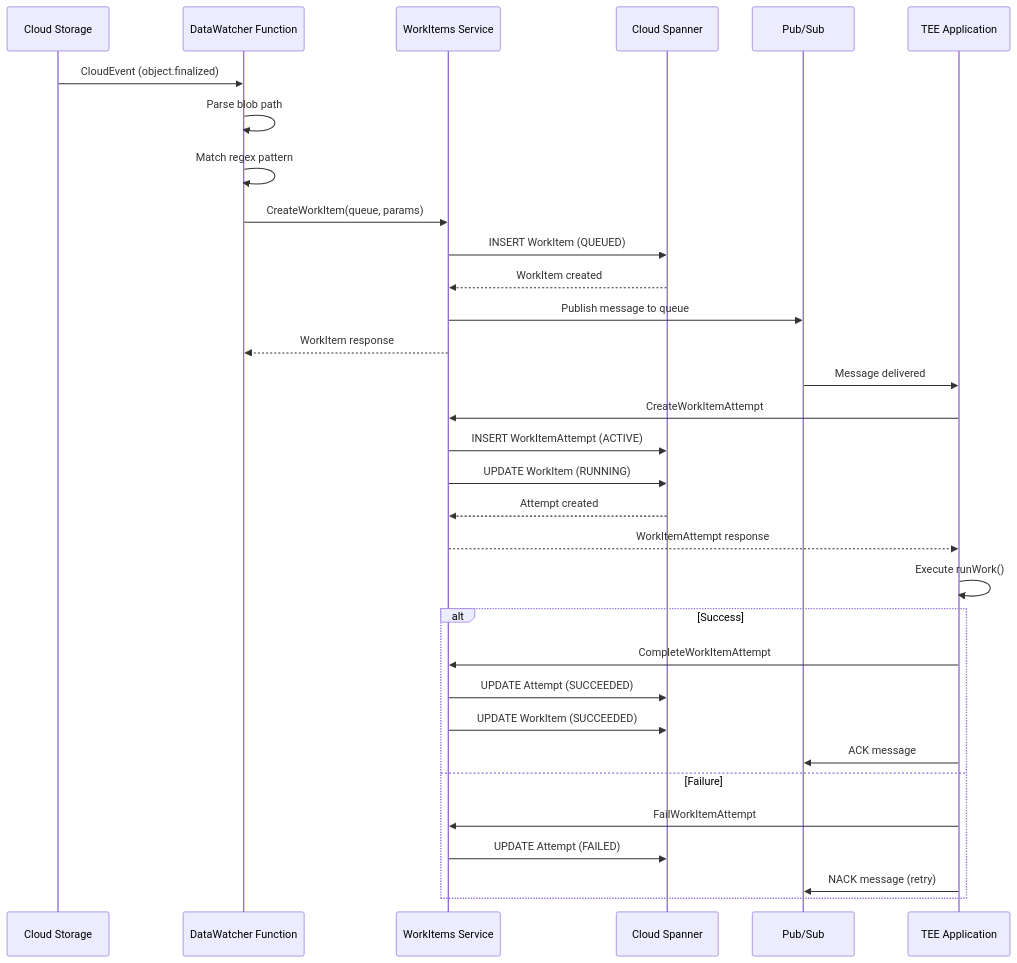
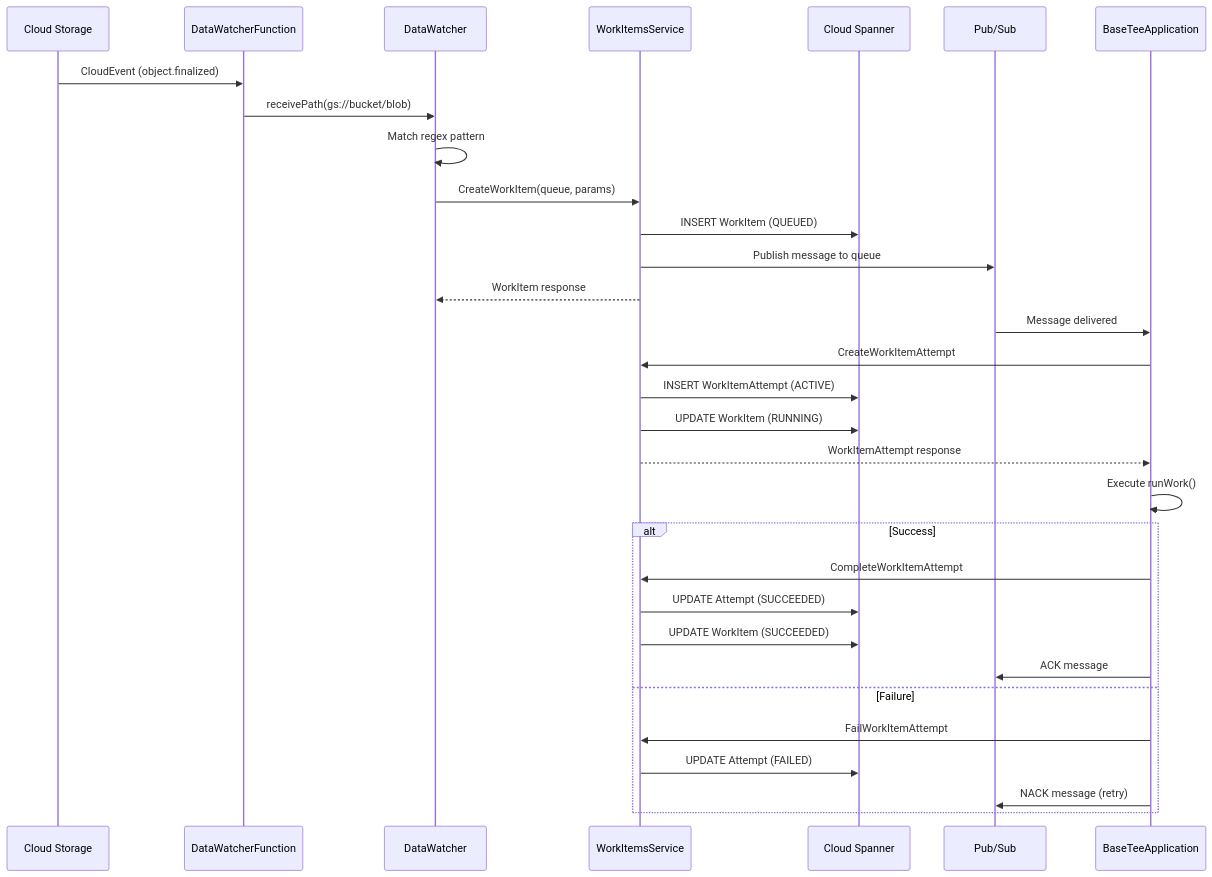
One commit to world-federation-of-advertisers/cross-media-measurement changed the second of 2 diagrams in docs/architecture/securecomputation.md. Above: the diagram before and after it, drawn with Mermaid. The commit also changed other lines of this file and 249 other files, not shown here.

````diff
--- a/docs/architecture/securecomputation.md
+++ b/docs/architecture/securecomputation.md
@@ -281,35 +351,34 @@
 ```mermaid
 sequenceDiagram
     participant GCS as Cloud Storage
-    participant DWF as DataWatcher Function
-    participant WIS as WorkItems Service
+    participant DWF as DataWatcherFunction
+    participant DW as DataWatcher
+    participant WIS as WorkItemsService
     participant DB as Cloud Spanner
     participant PS as Pub/Sub
-    participant TEE as TEE Application
+    participant TEE as BaseTeeApplication
 
     GCS->>DWF: CloudEvent (object.finalized)
-    DWF->>DWF: Parse blob path
-    DWF->>DWF: Match regex pattern
-    DWF->>WIS: CreateWorkItem(queue, params)
+    DWF->>DW: receivePath(gs://bucket/blob)
+    DW->>DW: Match regex pattern
+    DW->>WIS: CreateWorkItem(queue, params)
     WIS->>DB: INSERT WorkItem (QUEUED)
-    DB-->>WIS: WorkItem created
     WIS->>PS: Publish message to queue
-    WIS-->>DWF: WorkItem response
+    WIS-->>DW: WorkItem response
     PS->>TEE: Message delivered
     TEE->>WIS: CreateWorkItemAttempt
     WIS->>DB: INSERT WorkItemAttempt (ACTIVE)
     WIS->>DB: UPDATE WorkItem (RUNNING)
-    DB-->>WIS: Attempt created
     WIS-->>TEE: WorkItemAttempt response
     TEE->>TEE: Execute runWork()
     alt Success
         TEE->>WIS: CompleteWorkItemAttempt
         WIS->>DB: UPDATE Attempt (SUCCEEDED)
         WIS->>DB: UPDATE WorkItem (SUCCEEDED)
         TEE->>PS: ACK message
     else Failure
         TEE->>WIS: FailWorkItemAttempt
         WIS->>DB: UPDATE Attempt (FAILED)
         TEE->>PS: NACK message (retry)
     end
 ```
````
